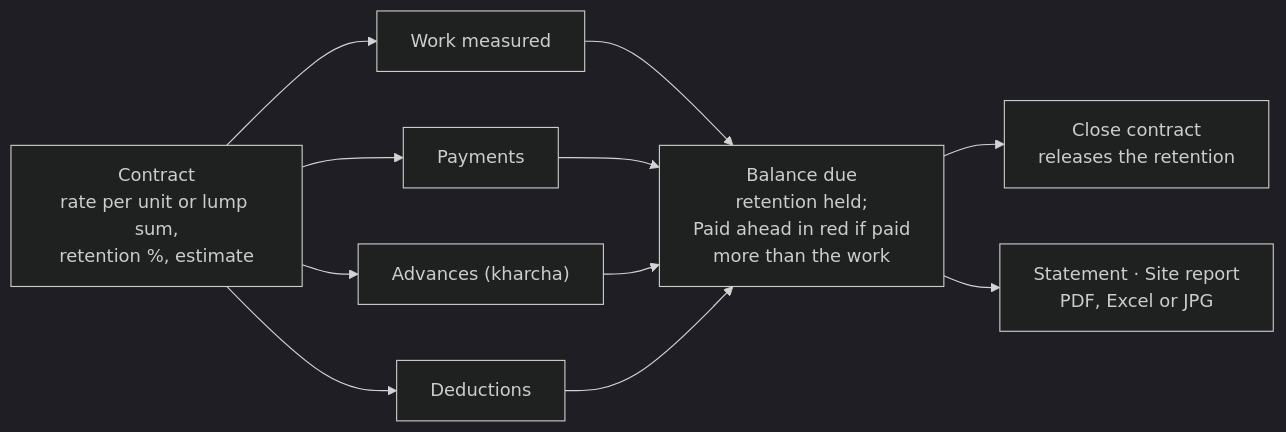
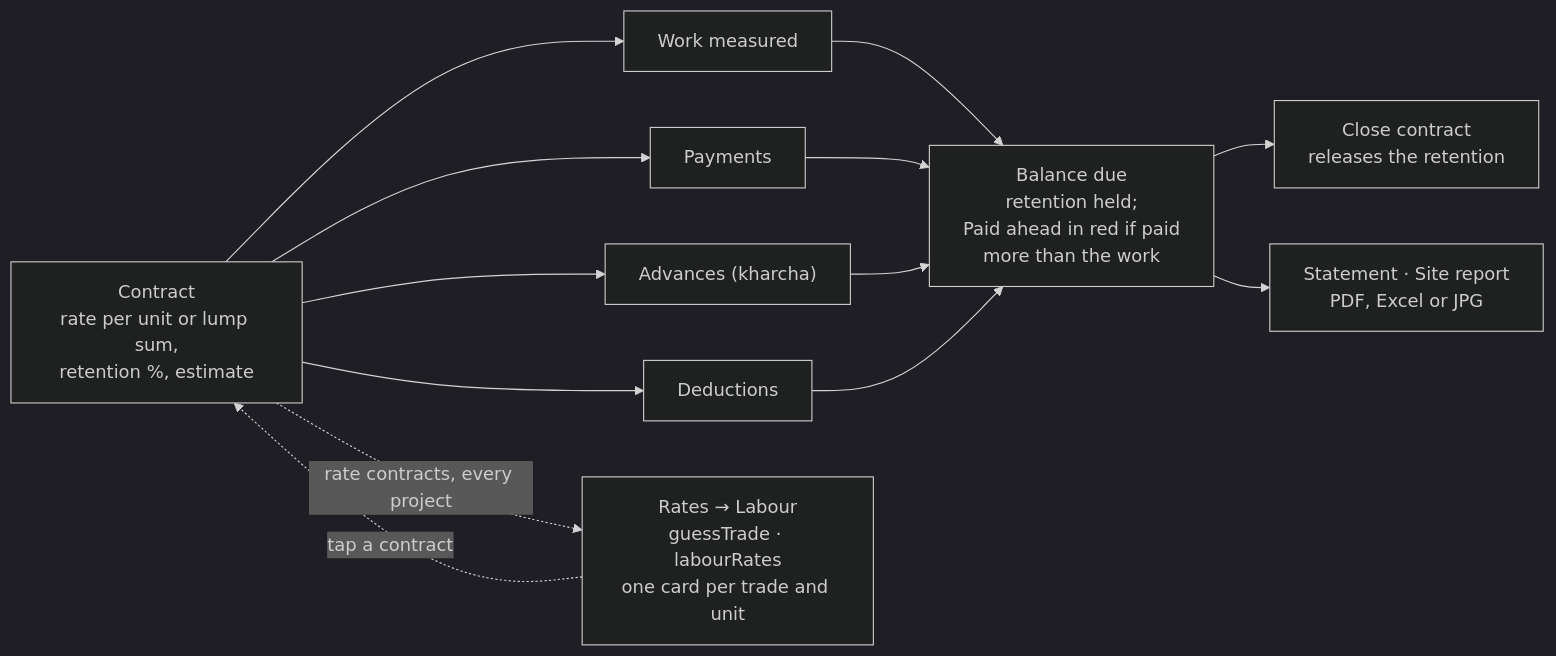
Before and after one commit to parikshit99/nirman: the fifth of 6 diagrams in docs/Nirman workflows.md, drawn with Mermaid (dark theme). The commit also changed other lines of this file and 11 other files, not shown here.

First line of the commit message:
Nirman 7.13: Labour rates across your sites (draft)

````diff
--- a/docs/Nirman workflows.md
+++ b/docs/Nirman workflows.md
@@ -137,10 +137,12 @@
 ```mermaid
 flowchart LR
   C[Contract<br/>rate per unit or lump sum,<br/>retention %, estimate] --> WM[Work measured]
   C --> PY[Payments]
   C --> AD["Advances (kharcha)"]
   C --> DD[Deductions]
   WM & PY & AD & DD --> BAL[Balance due<br/>retention held;<br/>Paid ahead in red if paid<br/>more than the work]
   BAL --> CL[Close contract<br/>releases the retention]
   BAL --> ST[Statement · Site report<br/>PDF, Excel or JPG]
+  C -. rate contracts, every project .-> LR[Rates → Labour<br/>guessTrade · labourRates<br/>one card per trade and unit]
+  LR -. tap a contract .-> C
 ```
````
